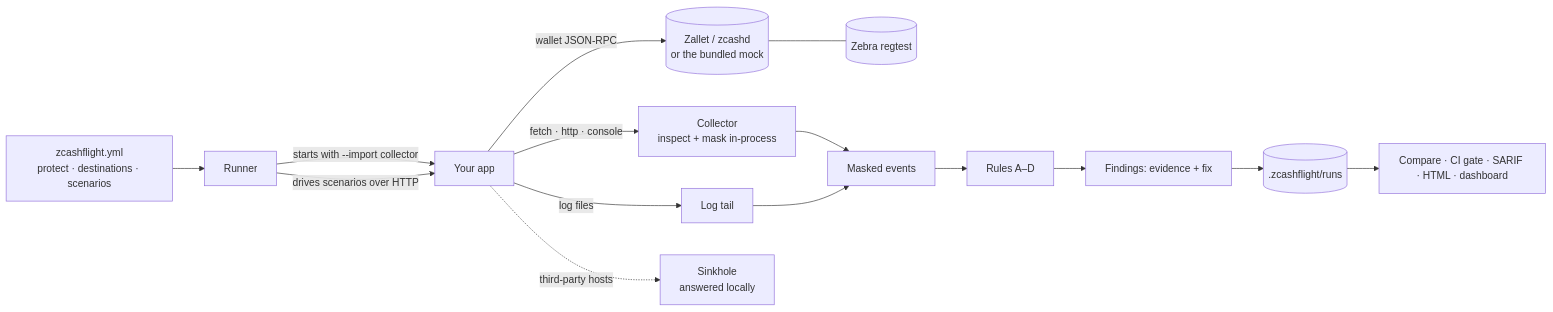
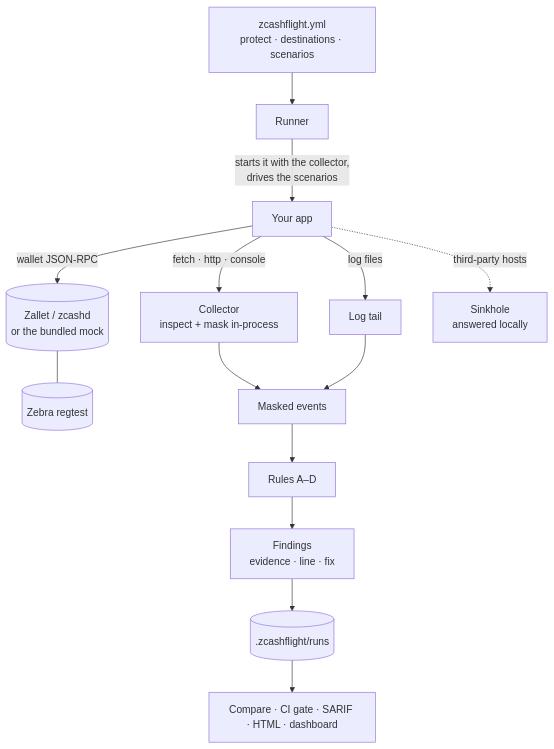
One commit to mauyaa/zcashflight changed the diagram in README.md. Above: the diagram before and after it, drawn with Mermaid.

Commit message:
README: readable top-to-bottom architecture diagram

````diff
--- a/README.md
+++ b/README.md
@@ -50,17 +50,16 @@
 ```mermaid
-flowchart LR
-  P[zcashflight.yml<br/>protect · destinations · scenarios] --> R[Runner]
-  R -->|starts with --import collector| A[Your app]
-  R -->|drives scenarios over HTTP| A
-  A -->|fetch · http · console| C[Collector<br/>inspect + mask in-process]
+flowchart TB
+  P["zcashflight.yml<br/>protect · destinations · scenarios"] --> R[Runner]
+  R -->|starts it with the collector,<br/>drives the scenarios| A[Your app]
+  A -->|fetch · http · console| C["Collector<br/>inspect + mask in-process"]
   A -->|log files| T[Log tail]
-  A -->|wallet JSON-RPC| W[(Zallet / zcashd<br/>or the bundled mock)]
-  W --- Z[(Zebra regtest)]
-  A -.->|third-party hosts| K[Sinkhole<br/>answered locally]
+  A -->|wallet JSON-RPC| W[("Zallet / zcashd<br/>or the bundled mock")]
+  W --- Z[("Zebra regtest")]
+  A -.->|third-party hosts| K["Sinkhole<br/>answered locally"]
   C --> E[Masked events]
   T --> E
   E --> X[Rules A–D]
-  X --> F[Findings: evidence + fix]
-  F --> S[(.zcashflight/runs)]
-  S --> V[Compare · CI gate · SARIF · HTML · dashboard]
+  X --> F["Findings<br/>evidence · line · fix"]
+  F --> S[(".zcashflight/runs")]
+  S --> V["Compare · CI gate · SARIF · HTML · dashboard"]
 ```
````
